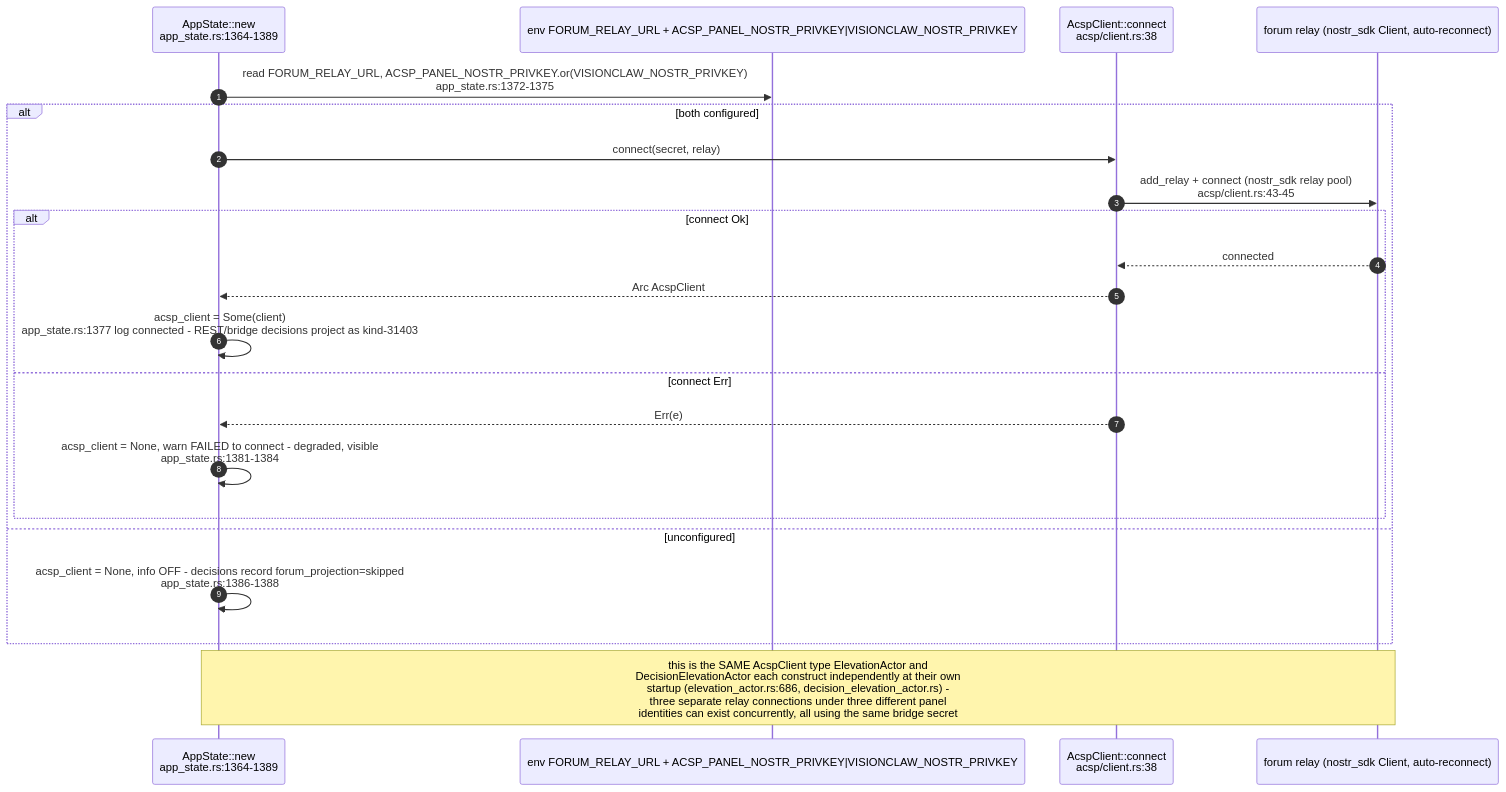
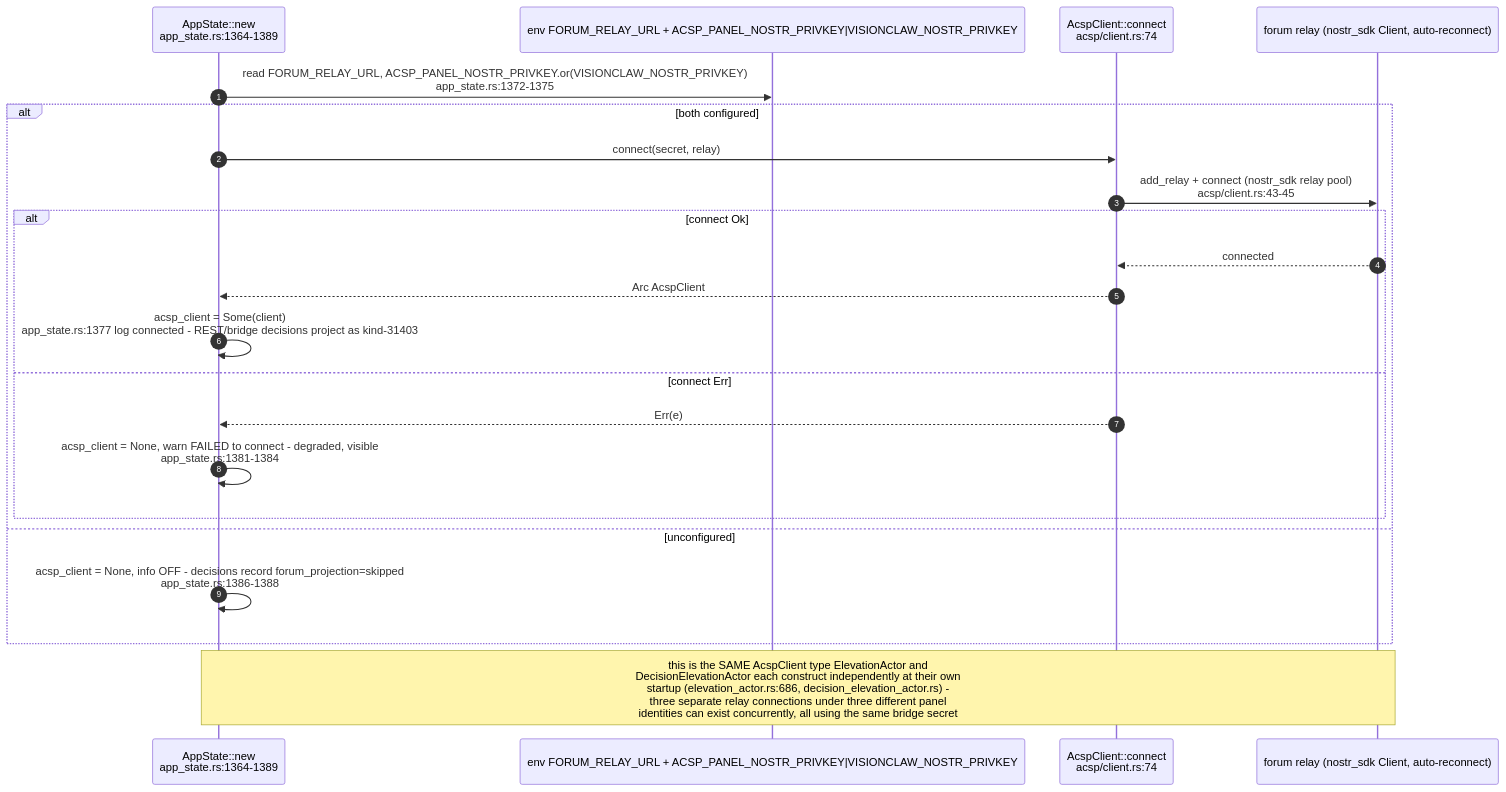
Before and after one commit to DreamLab-AI/AR-AI-Knowledge-Graph: diagram 11 of 11 in docs/diagrams/visionclaw/24-acsp-decision-elevation.md, drawn with Mermaid. The commit also changed other lines of this file and 36 other files, not shown here.

````diff
--- a/docs/diagrams/visionclaw/24-acsp-decision-elevation.md
+++ b/docs/diagrams/visionclaw/24-acsp-decision-elevation.md
@@ -397,24 +397,24 @@
 ```mermaid
 sequenceDiagram
     autonumber
     participant BOOT as AppState::new<br/>app_state.rs:1364-1389
     participant ENV as env FORUM_RELAY_URL + ACSP_PANEL_NOSTR_PRIVKEY|VISIONCLAW_NOSTR_PRIVKEY
-    participant ACSP as AcspClient::connect<br/>acsp/client.rs:38
+    participant ACSP as AcspClient::connect<br/>acsp/client.rs:74
     participant RELAY as forum relay (nostr_sdk Client, auto-reconnect)
     BOOT->>ENV: read FORUM_RELAY_URL, ACSP_PANEL_NOSTR_PRIVKEY.or(VISIONCLAW_NOSTR_PRIVKEY)<br/>app_state.rs:1372-1375
     alt both configured
         BOOT->>ACSP: connect(secret, relay)
         ACSP->>RELAY: add_relay + connect (nostr_sdk relay pool)<br/>acsp/client.rs:43-45
         alt connect Ok
             RELAY-->>ACSP: connected
             ACSP-->>BOOT: Arc AcspClient
             BOOT->>BOOT: acsp_client = Some(client)<br/>app_state.rs:1377 log connected - REST/bridge decisions project as kind-31403
         else connect Err
             ACSP-->>BOOT: Err(e)
             BOOT->>BOOT: acsp_client = None, warn FAILED to connect - degraded, visible<br/>app_state.rs:1381-1384
         end
     else unconfigured
         BOOT->>BOOT: acsp_client = None, info OFF - decisions record forum_projection=skipped<br/>app_state.rs:1386-1388
     end
     Note over BOOT,RELAY: this is the SAME AcspClient type ElevationActor and<br/>DecisionElevationActor each construct independently at their own<br/>startup (elevation_actor.rs:686, decision_elevation_actor.rs) -<br/>three separate relay connections under three different panel<br/>identities can exist concurrently, all using the same bridge secret
 ```
````
